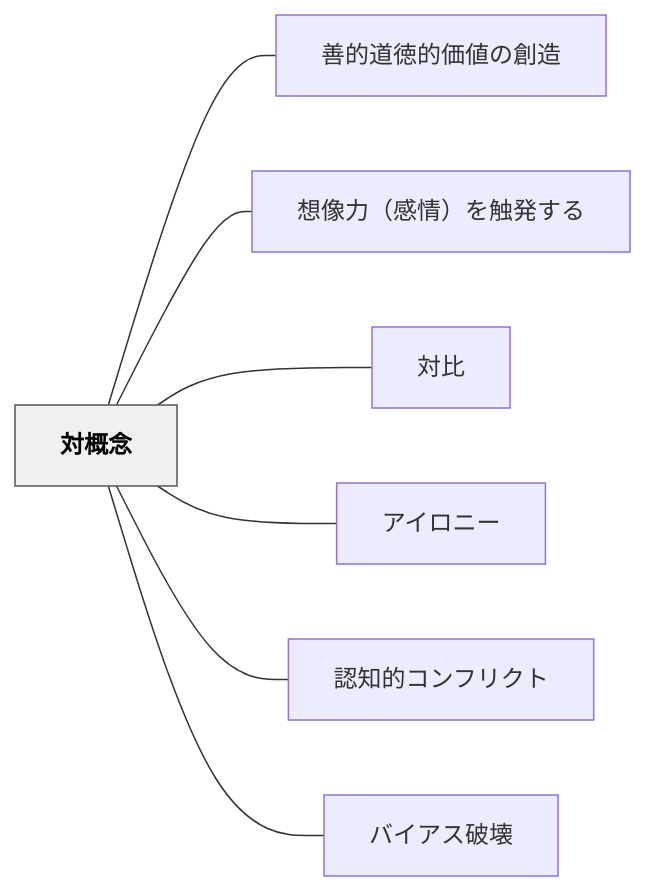
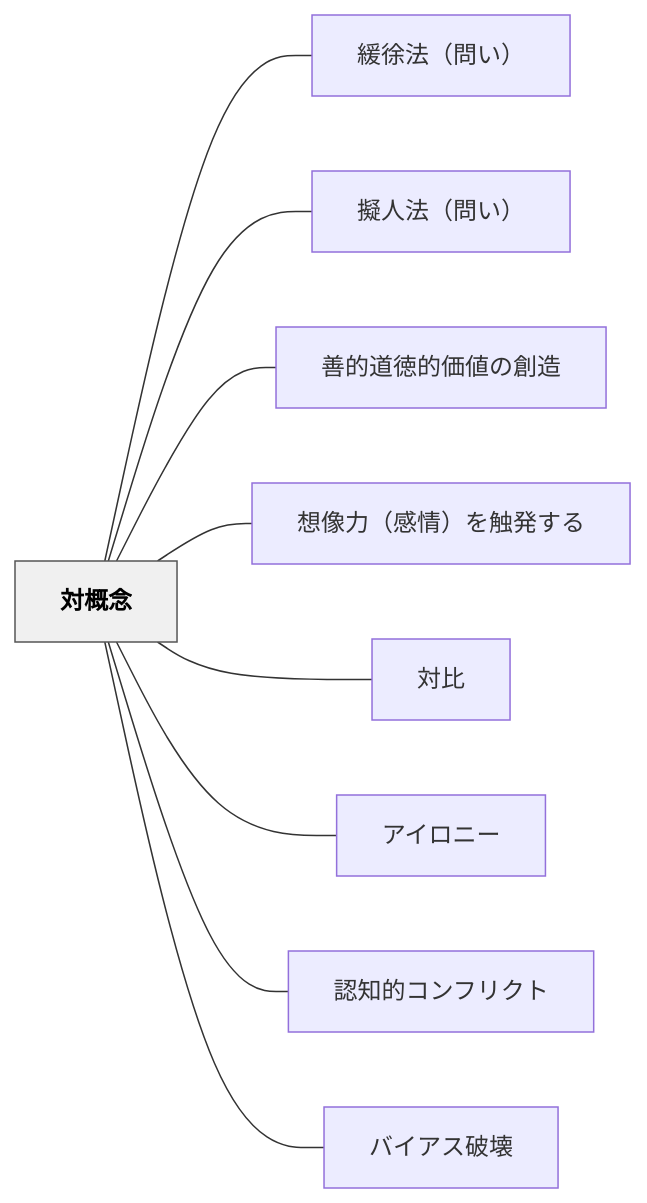
Before and after one commit to unknownthings-ed-patterns/unknownthings-ed-patterns: the diagram in content/パタン/対概念.md, drawn with Mermaid. The commit also changed other lines of this file and 38 other files, not shown here.

````diff
--- a/content/パタン/対概念.md
+++ b/content/パタン/対概念.md
@@ -49,20 +51,24 @@
 ```mermaid
 flowchart LR
     ne5afbee6a682e5bfb5["対概念"]
+    ne7b7a9e5be90e6b395efbc88e5958fe38184efbc89["緩徐法（問い）"]
+    ne693ace4babae6b395efbc88e5958fe38184efbc89["擬人法（問い）"]
     ne59684e79a84e98193e5beb3e79a84e4bea1e580a4e381aee589b5e980a0["善的道徳的価値の創造"]
     ne683b3e5838fe58a9befbc88e6849fe68385efbc89e38292e8a7a6e799bae38199e3828b["想像力（感情）を触発する"]
     ne5afbee6af94["対比"]
     ne382a2e382a4e383ade3838be383bc["アイロニー"]
     ne8aa8de79fa5e79a84e382b3e383b3e38395e383aae382afe38388["認知的コンフリクト"]
     ne38390e382a4e382a2e382b9e7a0b4e5a38a["バイアス破壊"]
 
+    ne5afbee6a682e5bfb5 --- ne7b7a9e5be90e6b395efbc88e5958fe38184efbc89
+    ne5afbee6a682e5bfb5 --- ne693ace4babae6b395efbc88e5958fe38184efbc89
     ne5afbee6a682e5bfb5 --- ne59684e79a84e98193e5beb3e79a84e4bea1e580a4e381aee589b5e980a0
     ne5afbee6a682e5bfb5 --- ne683b3e5838fe58a9befbc88e6849fe68385efbc89e38292e8a7a6e799bae38199e3828b
     ne5afbee6a682e5bfb5 --- ne5afbee6af94
     ne5afbee6a682e5bfb5 --- ne382a2e382a4e383ade3838be383bc
     ne5afbee6a682e5bfb5 --- ne8aa8de79fa5e79a84e382b3e383b3e38395e383aae382afe38388
     ne5afbee6a682e5bfb5 --- ne38390e382a4e382a2e382b9e7a0b4e5a38a
 
     classDef hub fill:#f0f0f0,stroke:#555,color:#000,font-weight:bold
     class ne5afbee6a682e5bfb5 hub
 ```
````
